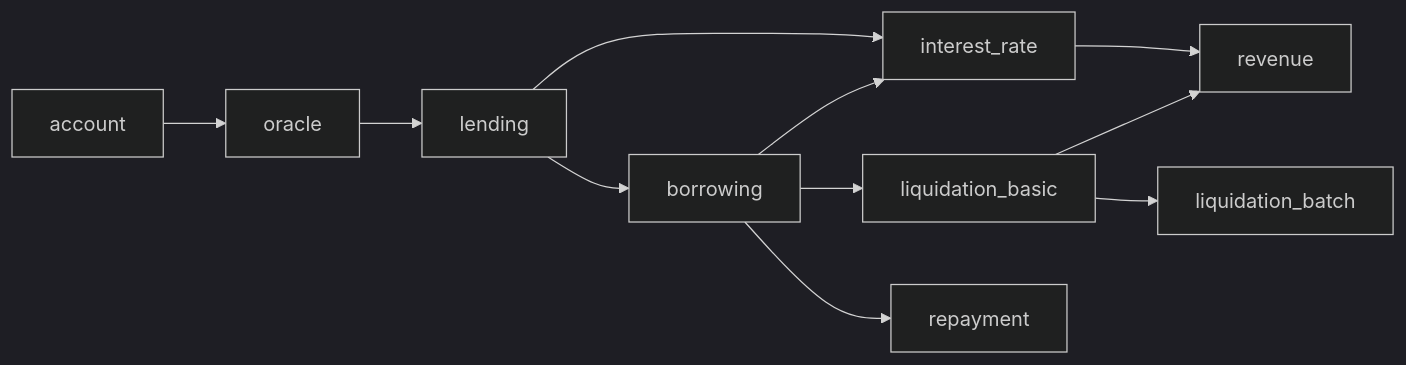
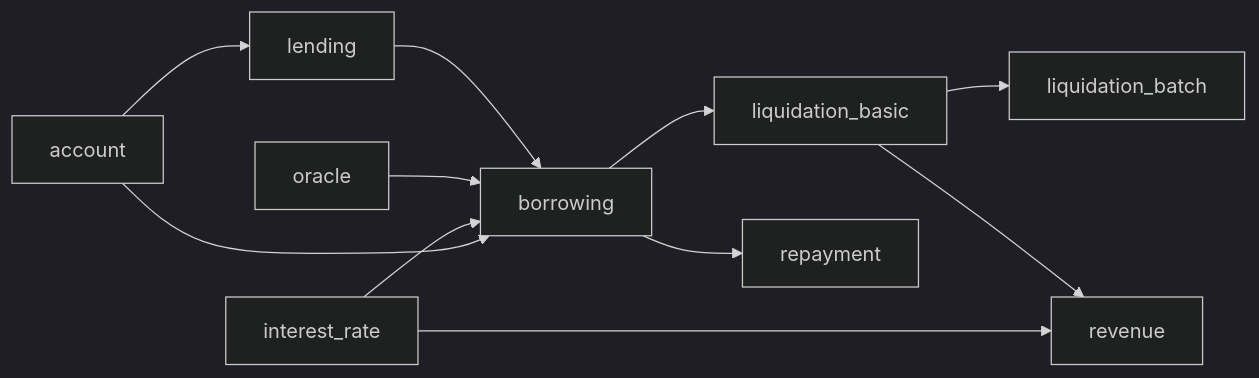
The second of 2 diagrams in .kiro/specs/olend-mvp/design.md (OlendLabs/sui-olend-contracts), drawn with Mermaid (dark theme) before and after one commit. The commit also changed other lines of this file, not shown here.

````diff
--- a/.kiro/specs/olend-mvp/design.md
+++ b/.kiro/specs/olend-mvp/design.md
@@ -57,13 +56,13 @@
 ```mermaid
 graph LR
-    account --> oracle
-    oracle --> lending
-    lending --> interest_rate
+    account --> lending
+    account --> borrowing
+    interest_rate --> borrowing
+    oracle --> borrowing
     lending --> borrowing
-    borrowing --> interest_rate
     borrowing --> liquidation_basic
     liquidation_basic --> liquidation_batch
     borrowing --> repayment
     interest_rate --> revenue
     liquidation_basic --> revenue
 ```
````
